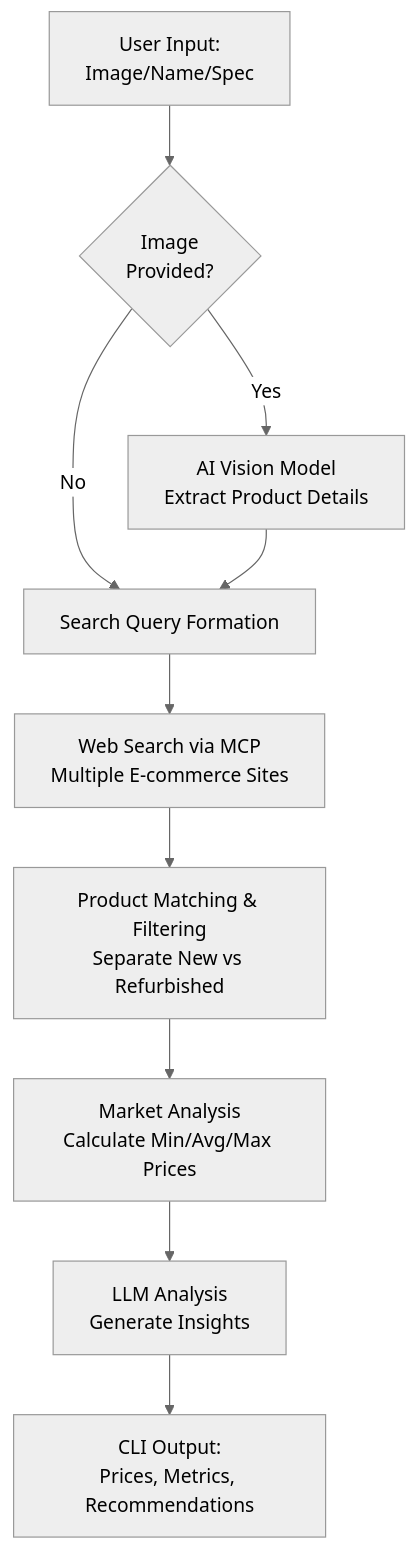
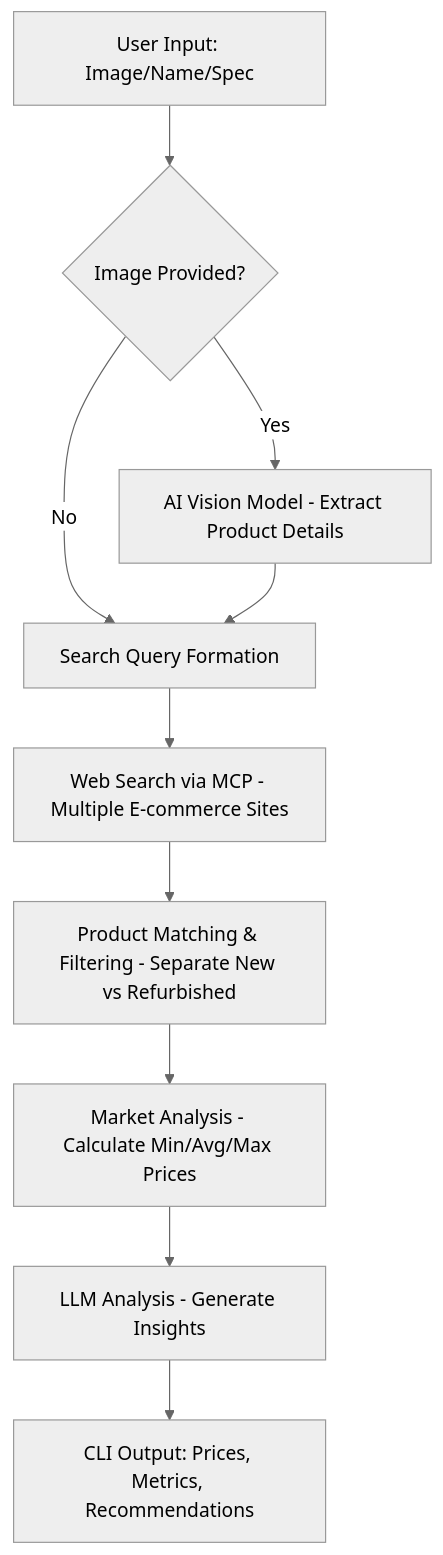
Before and after one commit to mokhanes-a/Competitive-Analysis-V2: the diagram in README.md, drawn with Mermaid (neutral theme). The commit also changed other lines of this file, not shown here.

Commit message:
docs: Rephrase executive summary and relocate/simplify high-level workflow diagram in README.

````diff
--- a/README.md
+++ b/README.md
@@ -79,20 +55,20 @@
 ```mermaid
 graph TD
-    A[User Input:<br/>Image/Name/Spec] --> B{Image<br/>Provided?}
+    A[User Input: Image/Name/Spec] --> B{Image Provided?}
     
-    B -->|Yes| C[AI Vision Model<br/>Extract Product Details]
+    B -->|Yes| C[AI Vision Model - Extract Product Details]
     B -->|No| D[Search Query Formation]
     C --> D
     
-    D --> E[Web Search via MCP<br/>Multiple E-commerce Sites]
+    D --> E[Web Search via MCP - Multiple E-commerce Sites]
     
-    E --> F[Product Matching & Filtering<br/>Separate New vs Refurbished]
+    E --> F[Product Matching & Filtering - Separate New vs Refurbished]
     
-    F --> G[Market Analysis<br/>Calculate Min/Avg/Max Prices]
+    F --> G[Market Analysis - Calculate Min/Avg/Max Prices]
     
-    G --> H[LLM Analysis<br/>Generate Insights]
+    G --> H[LLM Analysis - Generate Insights]
     
-    H --> I[CLI Output:<br/>Prices, Metrics, Recommendations]
+    H --> I[CLI Output: Prices, Metrics, Recommendations]
     
 
 ```
````
